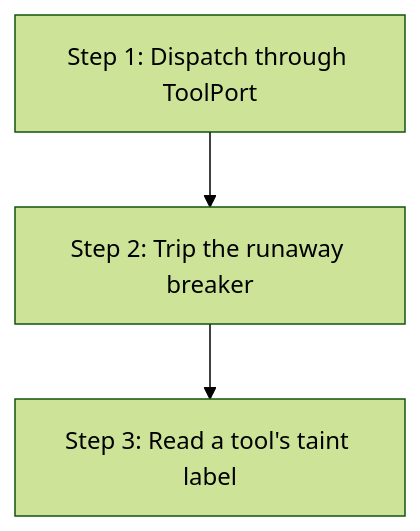
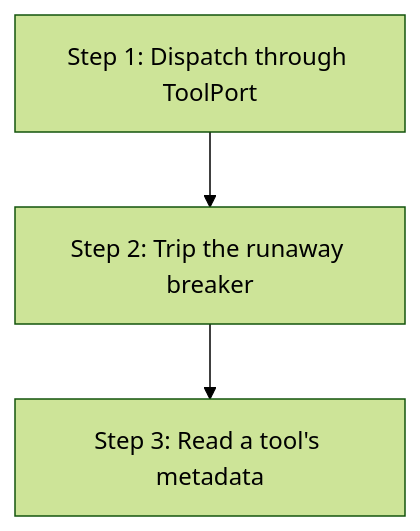
Before and after one commit to mdz-axo/zed-kask: the diagram in kask/docs/diataxis/hkask-capability/tutorial.md, drawn with Mermaid (forest theme). The commit also changed other lines of this file and 31 other files, not shown here.

````diff
--- a/kask/docs/diataxis/hkask-capability/tutorial.md
+++ b/kask/docs/diataxis/hkask-capability/tutorial.md
@@ -26,5 +32,5 @@
 ```mermaid
 flowchart TD
     A[Step 1: Dispatch through ToolPort] --> B[Step 2: Trip the runaway breaker]
-    B --> C[Step 3: Read a tool's taint label]
+    B --> C[Step 3: Read a tool's metadata]
 ```
````
